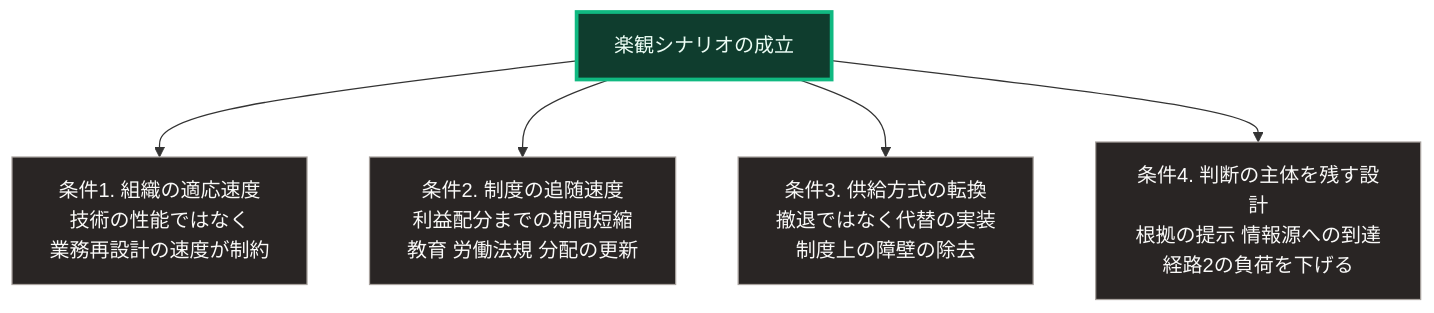
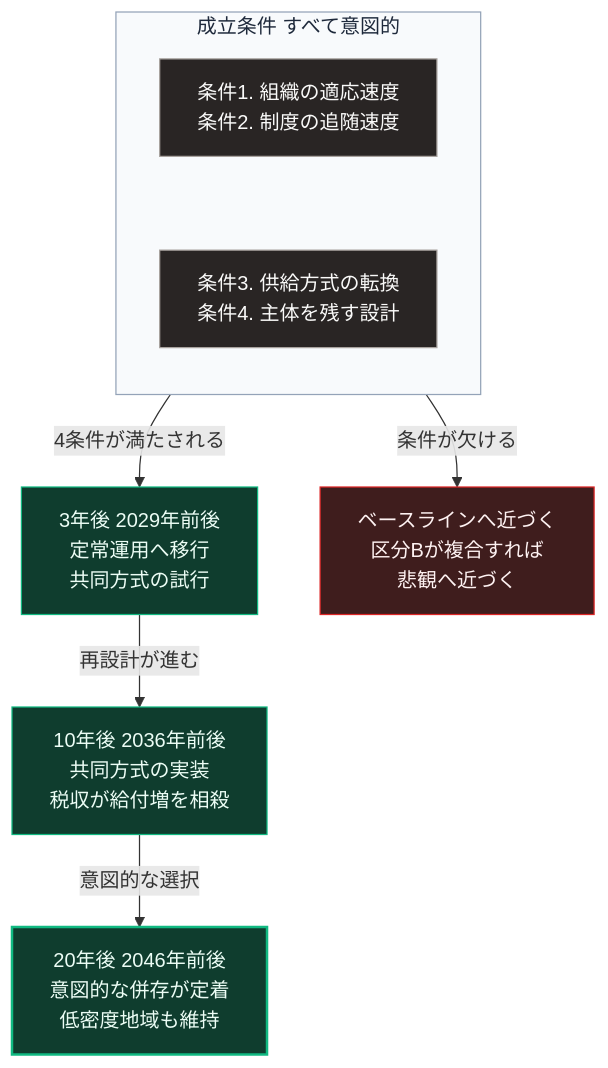
One commit to Takenori-Kusaka/zenn-content changed the diagram in books/sovereign-resilience-blueprint/scenario-optimistic.md. Above: the diagram before and after it, drawn with Mermaid. The commit also changed other lines of this file and 114 other files, not shown here.

````diff
--- a/books/sovereign-resilience-blueprint/scenario-optimistic.md
+++ b/books/sovereign-resilience-blueprint/scenario-optimistic.md
@@ -87,15 +87,19 @@
 ```mermaid
 flowchart TD
-    S[楽観シナリオの成立]
+    subgraph G[成立条件 すべて意図的]
+        direction TB
+        C12[条件1. 組織の適応速度<br>条件2. 制度の追随速度] ~~~ C34[条件3. 供給方式の転換<br>条件4. 主体を残す設計]
+    end
+    G -->|4条件が満たされる| T3[3年後 2029年前後<br>定常運用へ移行<br>共同方式の試行]
+    T3 -->|再設計が進む| T10[10年後 2036年前後<br>共同方式の実装<br>税収が給付増を相殺]
+    T10 -->|意図的な選択| T20[20年後 2046年前後<br>意図的な併存が定着<br>低密度地域も維持]
+    G -->|条件が欠ける| X[ベースラインへ近づく<br>区分Bが複合すれば<br>悲観へ近づく]
 
-    S --> C1[条件1. 組織の適応速度<br>技術の性能ではなく<br>業務再設計の速度が制約]
-    S --> C2[条件2. 制度の追随速度<br>利益配分までの期間短縮<br>教育 労働法規 分配の更新]
-    S --> C3[条件3. 供給方式の転換<br>撤退ではなく代替の実装<br>制度上の障壁の除去]
-    S --> C4[条件4. 判断の主体を残す設計<br>根拠の提示 情報源への到達<br>経路2の負荷を下げる]
-
-    style S fill:#0f3d2e,stroke:#10b981,stroke-width:3px,color:#ecfdf5
-    style C1 fill:#292524,stroke:#a8a29e,color:#fafaf9
-    style C2 fill:#292524,stroke:#a8a29e,color:#fafaf9
-    style C3 fill:#292524,stroke:#a8a29e,color:#fafaf9
-    style C4 fill:#292524,stroke:#a8a29e,color:#fafaf9
+    style G fill:#f8fafc,stroke:#94a3b8,color:#1e293b
+    style C12 fill:#292524,stroke:#a8a29e,color:#fafaf9
+    style C34 fill:#292524,stroke:#a8a29e,color:#fafaf9
+    style T3 fill:#0f3d2e,stroke:#10b981,color:#ecfdf5
+    style T10 fill:#0f3d2e,stroke:#10b981,color:#ecfdf5
+    style T20 fill:#0f3d2e,stroke:#10b981,stroke-width:2px,color:#ecfdf5
+    style X fill:#3f1d1d,stroke:#dc2626,color:#fef2f2
 ```
````
